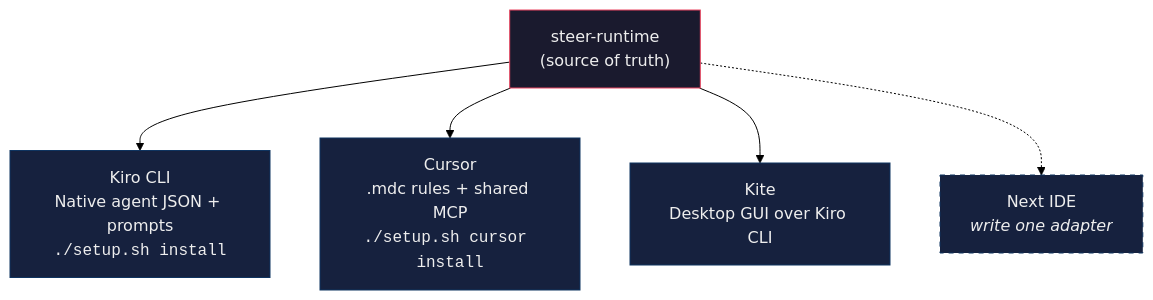
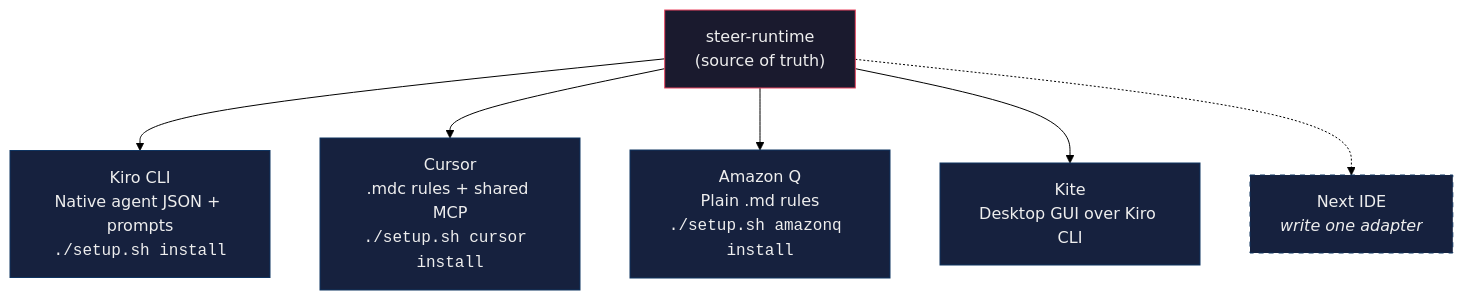
The fourth of 4 diagrams in docs/PROJECT_OVERVIEW.md (rsanchez-disney/steer-runtime), drawn with Mermaid (forest theme) before and after one commit. The commit also changed other lines of this file and 22 other files, not shown here.

````diff
--- a/docs/PROJECT_OVERVIEW.md
+++ b/docs/PROJECT_OVERVIEW.md
@@ -237,14 +237,16 @@
 ```mermaid
 graph TD
     src["steer-runtime<br/>(source of truth)"]
     src --> kiro["Kiro CLI<br/>Native agent JSON + prompts<br/><code>./setup.sh install</code>"]
     src --> cursor["Cursor<br/>.mdc rules + shared MCP<br/><code>./setup.sh cursor install</code>"]
+    src --> amazonq["Amazon Q<br/>Plain .md rules<br/><code>./setup.sh amazonq install</code>"]
     src --> kite["Kite<br/>Desktop GUI over Kiro CLI"]
     src -.-> next["Next IDE<br/><i>write one adapter</i>"]
 
     style src fill:#1a1a2e,stroke:#e94560,color:#eee
     style kiro fill:#16213e,stroke:#0f3460,color:#eee
     style cursor fill:#16213e,stroke:#0f3460,color:#eee
+    style amazonq fill:#16213e,stroke:#0f3460,color:#eee
     style kite fill:#16213e,stroke:#0f3460,color:#eee
     style next fill:#16213e,stroke:#0f3460,color:#eee,stroke-dasharray: 5 5
 ```
````
